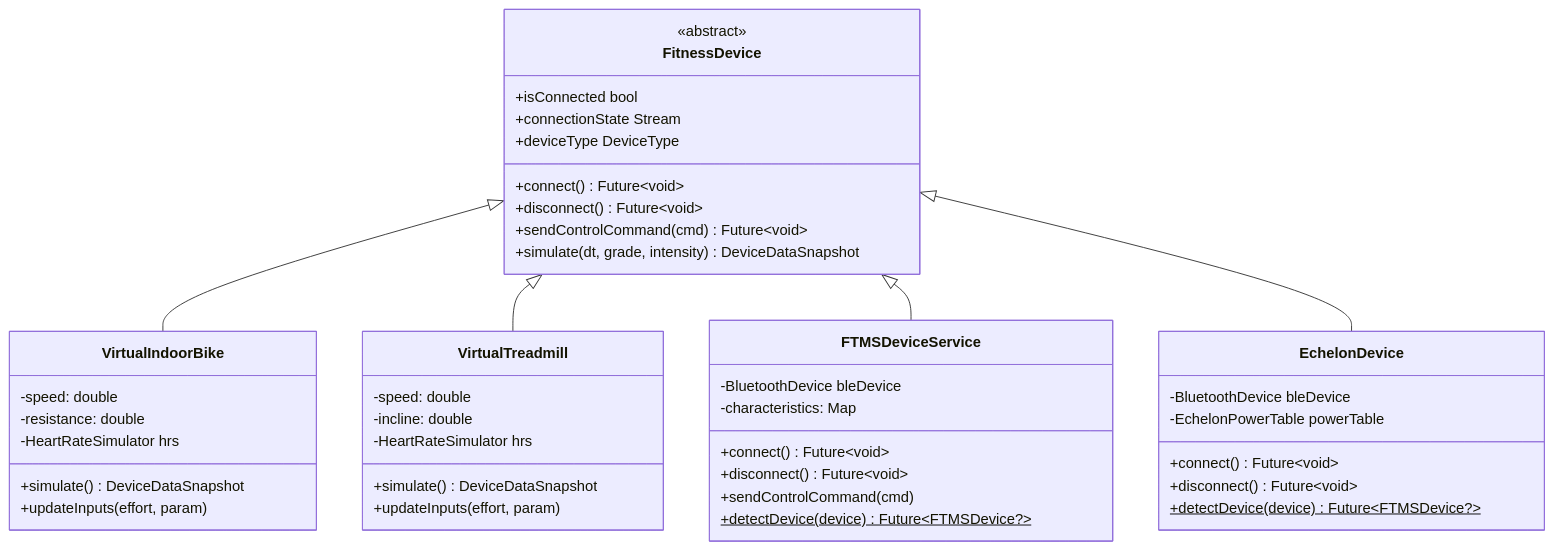
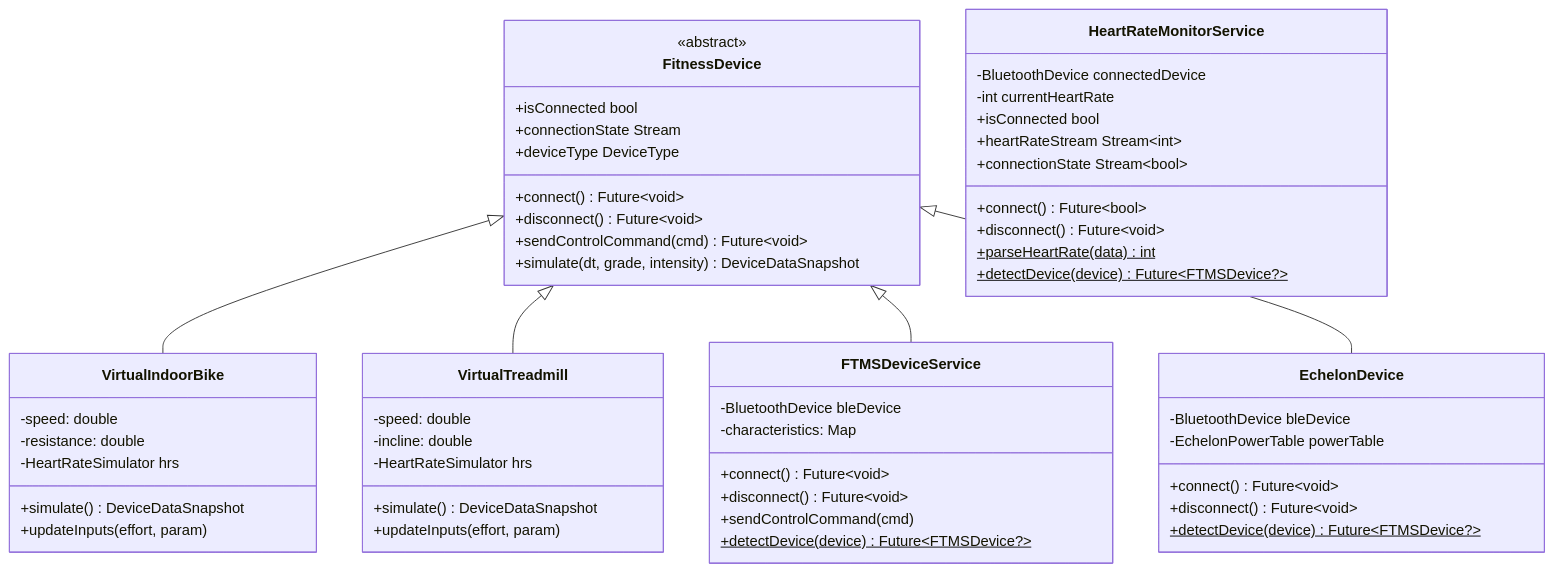
One commit to jackxuhong/free_ride changed the first of 7 diagrams in docs/bluetooth-integration.md. Above: the diagram before and after it, drawn with Mermaid. The commit also changed other lines of this file and 20 other files, not shown here.

First line of the commit message:
feat: Add Heart Rate Monitor support and related functionality

````diff
--- a/docs/bluetooth-integration.md
+++ b/docs/bluetooth-integration.md
@@ -7,51 +7,63 @@
 ```mermaid
 classDiagram
     class FitnessDevice {
         <<abstract>>
         +connect() Future~void~
         +disconnect() Future~void~
         +sendControlCommand(cmd) Future~void~
         +simulate(dt, grade, intensity) DeviceDataSnapshot
         +isConnected bool
         +connectionState Stream
         +deviceType DeviceType
     }
 
     class VirtualIndoorBike {
         -speed: double
         -resistance: double
         -HeartRateSimulator hrs
         +simulate() DeviceDataSnapshot
         +updateInputs(effort, param)
     }
 
     class VirtualTreadmill {
         -speed: double
         -incline: double
         -HeartRateSimulator hrs
         +simulate() DeviceDataSnapshot
         +updateInputs(effort, param)
     }
 
     class FTMSDeviceService {
         -BluetoothDevice bleDevice
         -characteristics: Map
         +connect() Future~void~
         +disconnect() Future~void~
         +sendControlCommand(cmd)
         +detectDevice(device)$ Future~FTMSDevice?~
     }
 
     class EchelonDevice {
         -BluetoothDevice bleDevice
         -EchelonPowerTable powerTable
         +connect() Future~void~
         +disconnect() Future~void~
         +detectDevice(device)$ Future~FTMSDevice?~
     }
 
+    class HeartRateMonitorService {
+        -BluetoothDevice connectedDevice
+        -int currentHeartRate
+        +connect() Future~bool~
+        +disconnect() Future~void~
+        +parseHeartRate(data)$ int
+        +detectDevice(device)$ Future~FTMSDevice?~
+        +isConnected bool
+        +heartRateStream Stream~int~
+        +connectionState Stream~bool~
+    }
+
     FitnessDevice <|-- VirtualIndoorBike
     FitnessDevice <|-- VirtualTreadmill
     FitnessDevice <|-- FTMSDeviceService
     FitnessDevice <|-- EchelonDevice
 ```
````
